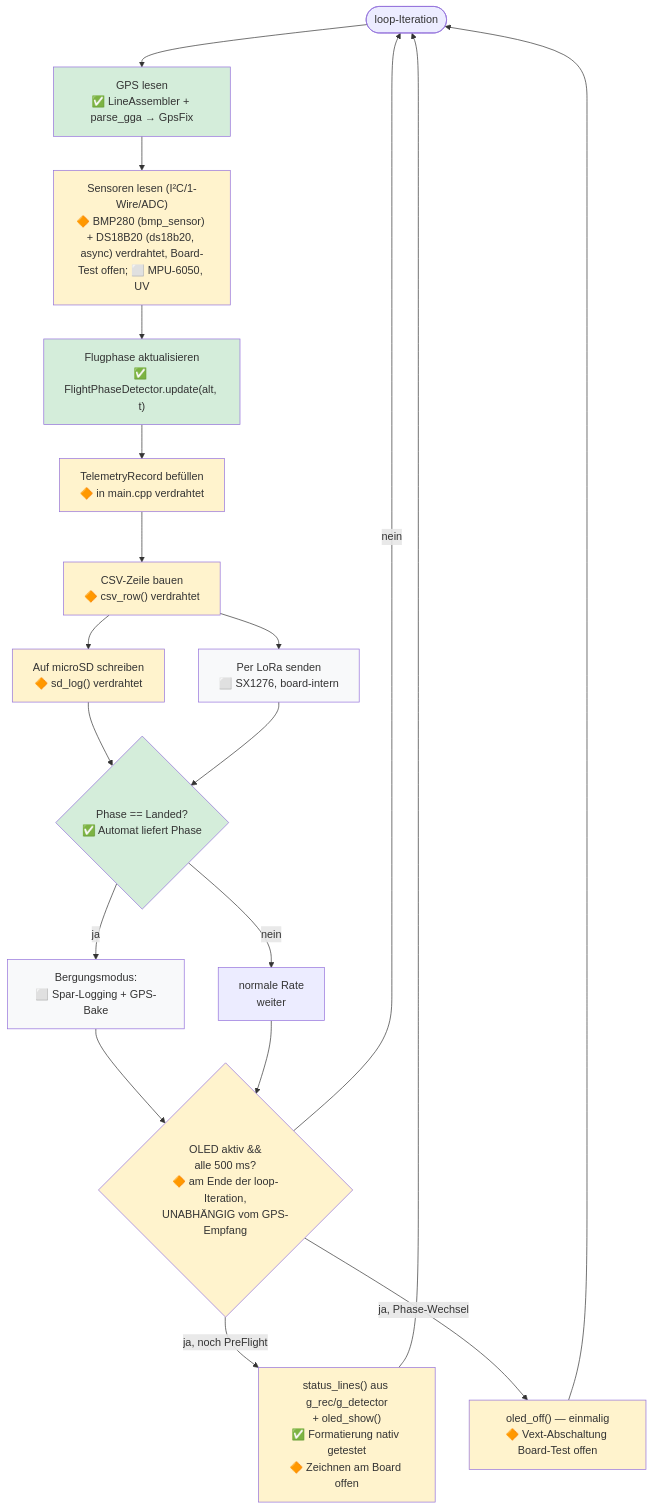
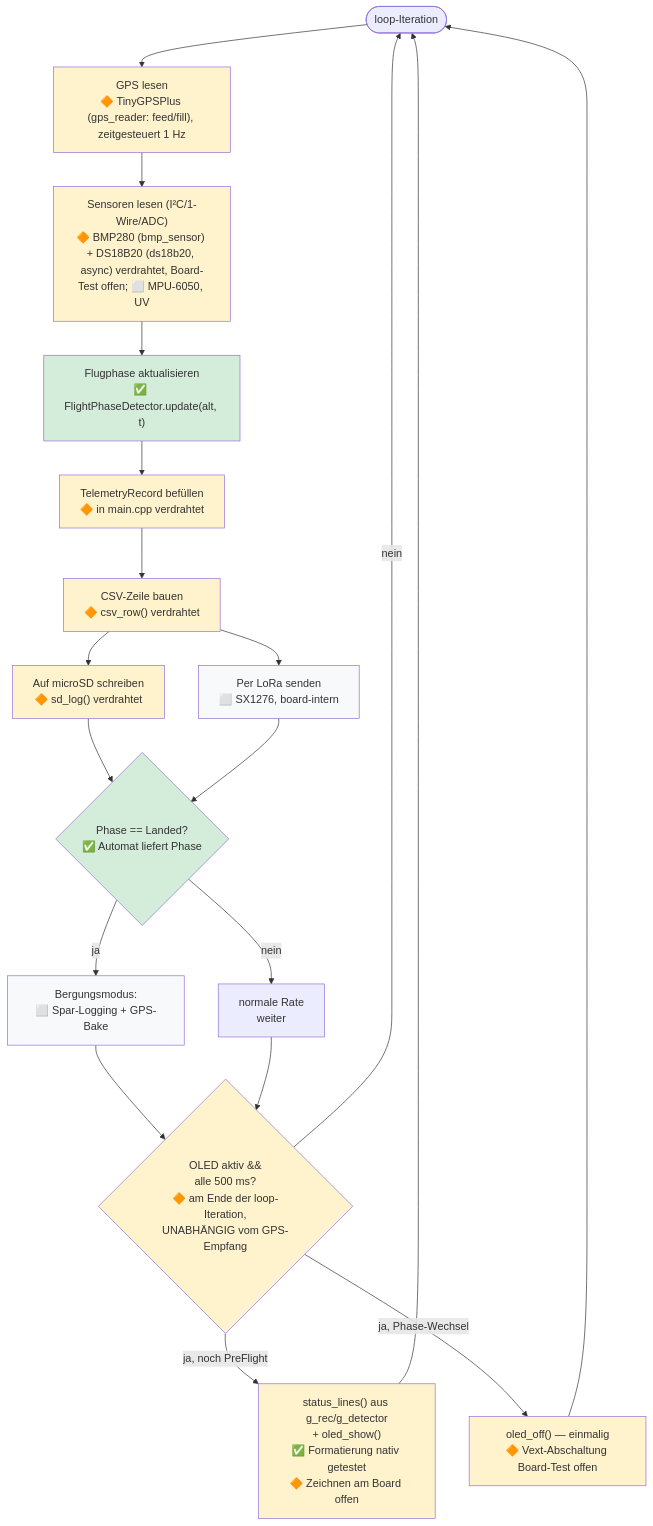
The fourth of 6 diagrams in docs/software-flow.md (rhoentier/weather_balloon), drawn with Mermaid before and after one commit. The commit also changed other lines of this file and 2 other files, not shown here.

First line of the commit message:
docs: Software-Flow, Parser-Plan und Projektstruktur auf TinyGPSPlus nachziehen

````diff
--- a/docs/software-flow.md
+++ b/docs/software-flow.md
@@ -138,41 +138,41 @@
 ```mermaid
 flowchart TD
-    L([loop-Iteration]) --> READ_GPS["GPS lesen<br/>✅ LineAssembler + parse_gga → GpsFix"]
+    L([loop-Iteration]) --> READ_GPS["GPS lesen<br/>🔶 TinyGPSPlus (gps_reader: feed/fill), zeitgesteuert 1 Hz"]
     READ_GPS --> READ_SENS["Sensoren lesen (I²C/1-Wire/ADC)<br/>🔶 BMP280 (bmp_sensor) + DS18B20 (ds18b20, async) verdrahtet, Board-Test offen; ⬜ MPU-6050, UV"]
 
     READ_SENS --> PHASE["Flugphase aktualisieren<br/>✅ FlightPhaseDetector.update(alt, t)"]
     PHASE --> BUILD["TelemetryRecord befüllen<br/>🔶 in main.cpp verdrahtet"]
 
     BUILD --> CSV["CSV-Zeile bauen<br/>🔶 csv_row() verdrahtet"]
 
     CSV --> SD["Auf microSD schreiben<br/>🔶 sd_log() verdrahtet"]
     CSV --> LORA["Per LoRa senden<br/>⬜ SX1276, board-intern"]
 
     SD --> RATE{"Phase == Landed?<br/>✅ Automat liefert Phase"}
     LORA --> RATE
     RATE -->|ja| SLOW["Bergungsmodus:<br/>⬜ Spar-Logging + GPS-Bake"]
     RATE -->|nein| FAST["normale Rate<br/>weiter"]
 
     SLOW --> OLED
     FAST --> OLED
 
     OLED{"OLED aktiv &&<br/>alle 500 ms?<br/>🔶 am Ende der loop-Iteration,<br/>UNABHÄNGIG vom GPS-Empfang"}
     OLED -->|nein| L
     OLED -->|ja, noch PreFlight| SHOW["status_lines() aus g_rec/g_detector<br/>+ oled_show()<br/>✅ Formatierung nativ getestet<br/>🔶 Zeichnen am Board offen"]
     OLED -->|ja, Phase-Wechsel| OFF["oled_off() — einmalig<br/>🔶 Vext-Abschaltung Board-Test offen"]
     SHOW --> L
     OFF --> L
 
     style PHASE fill:#d4edda
     style BUILD fill:#fff3cd
     style CSV fill:#fff3cd
     style RATE fill:#d4edda
-    style READ_GPS fill:#d4edda
+    style READ_GPS fill:#fff3cd
     style READ_SENS fill:#fff3cd
     style SD fill:#fff3cd
     style LORA fill:#f8f9fa
     style SLOW fill:#f8f9fa
     style OLED fill:#fff3cd
     style SHOW fill:#fff3cd
     style OFF fill:#fff3cd
 ```
````
